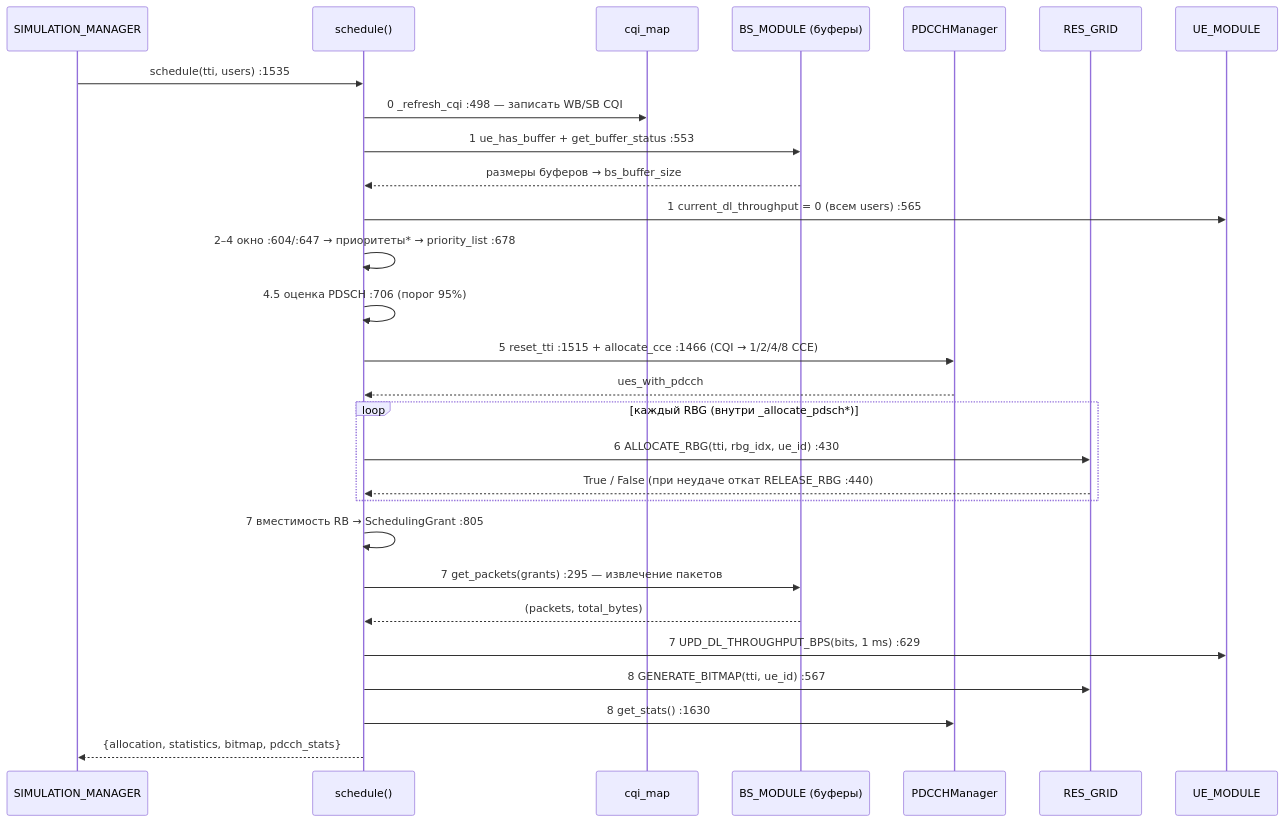
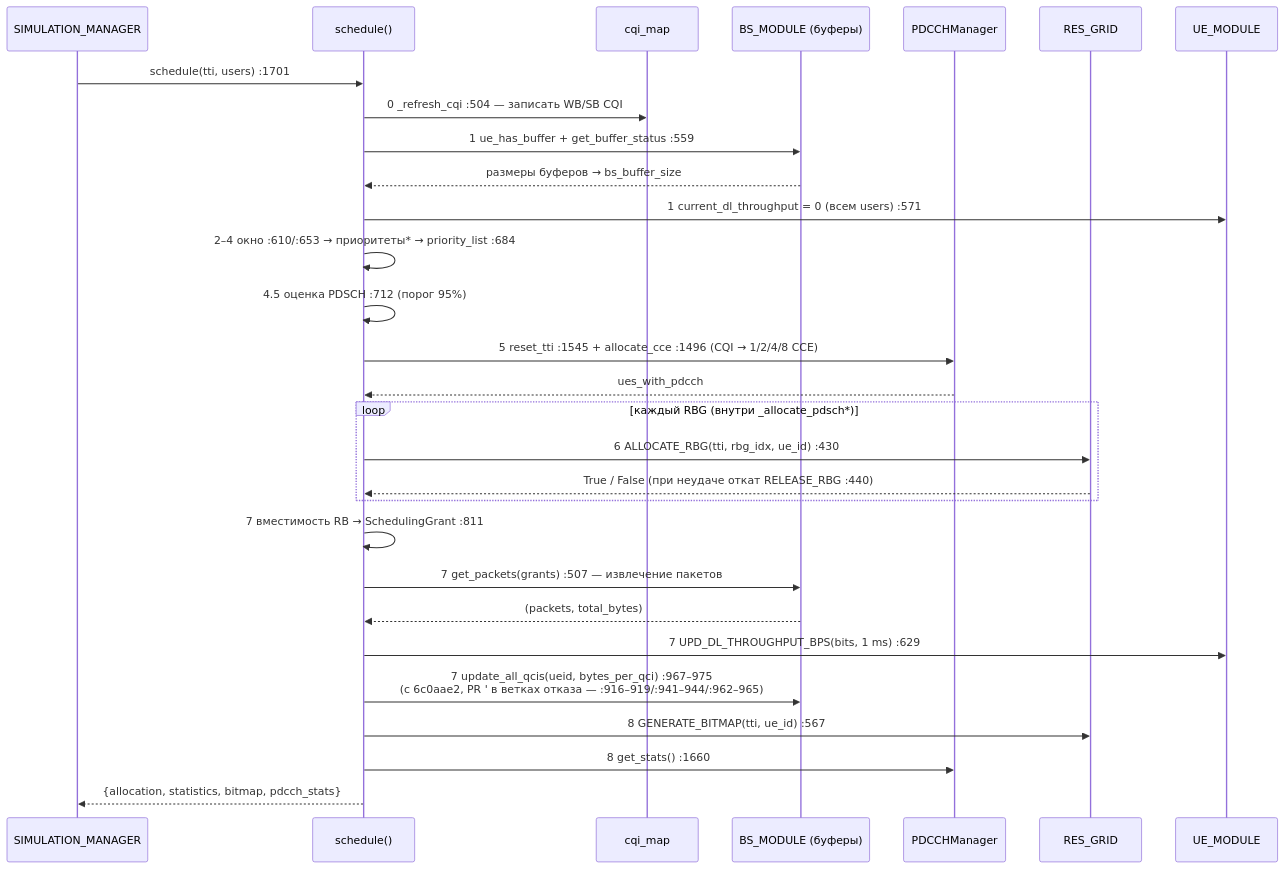
The fourth of 11 diagrams in weeks/docs/diagrams.md (dokbrawn/REC-S5), drawn with Mermaid before and after one commit. The commit also changed other lines of this file and 4 other files, not shown here.

````diff
--- a/weeks/docs/diagrams.md
+++ b/weeks/docs/diagrams.md
@@ -138,31 +153,32 @@
 ```mermaid
 sequenceDiagram
     participant SIM as SIMULATION_MANAGER
     participant SCH as schedule()
     participant CQI as cqi_map
     participant BS as BS_MODULE (буферы)
     participant PD as PDCCHManager
     participant GR as RES_GRID
     participant UE as UE_MODULE
 
-    SIM->>SCH: schedule(tti, users) :1535
-    SCH->>CQI: 0 _refresh_cqi :498 — записать WB/SB CQI
-    SCH->>BS: 1 ue_has_buffer + get_buffer_status :553
+    SIM->>SCH: schedule(tti, users) :1701
+    SCH->>CQI: 0 _refresh_cqi :504 — записать WB/SB CQI
+    SCH->>BS: 1 ue_has_buffer + get_buffer_status :559
     BS-->>SCH: размеры буферов → bs_buffer_size
-    SCH->>UE: 1 current_dl_throughput = 0 (всем users) :565
-    SCH->>SCH: 2–4 окно :604/:647 → приоритеты* → priority_list :678
-    SCH->>SCH: 4.5 оценка PDSCH :706 (порог 95%)
-    SCH->>PD: 5 reset_tti :1515 + allocate_cce :1466 (CQI → 1/2/4/8 CCE)
+    SCH->>UE: 1 current_dl_throughput = 0 (всем users) :571
+    SCH->>SCH: 2–4 окно :610/:653 → приоритеты* → priority_list :684
+    SCH->>SCH: 4.5 оценка PDSCH :712 (порог 95%)
+    SCH->>PD: 5 reset_tti :1545 + allocate_cce :1496 (CQI → 1/2/4/8 CCE)
     PD-->>SCH: ues_with_pdcch
     loop каждый RBG (внутри _allocate_pdsch*)
         SCH->>GR: 6 ALLOCATE_RBG(tti, rbg_idx, ue_id) :430
         GR-->>SCH: True / False (при неудаче откат RELEASE_RBG :440)
     end
-    SCH->>SCH: 7 вместимость RB → SchedulingGrant :805
-    SCH->>BS: 7 get_packets(grants) :295 — извлечение пакетов
+    SCH->>SCH: 7 вместимость RB → SchedulingGrant :811
+    SCH->>BS: 7 get_packets(grants) :507 — извлечение пакетов
     BS-->>SCH: (packets, total_bytes)
     SCH->>UE: 7 UPD_DL_THROUGHPUT_BPS(bits, 1 ms) :629
+    SCH->>BS: 7 update_all_qcis(ueid, bytes_per_qci) :967–975<br/>(с 6c0aae2, PR #39; в ветках отказа — :916–919/:941–944/:962–965)
     SCH->>GR: 8 GENERATE_BITMAP(tti, ue_id) :567
-    SCH->>PD: 8 get_stats() :1630
+    SCH->>PD: 8 get_stats() :1660
     SCH-->>SIM: {allocation, statistics, bitmap, pdcch_stats}
 ```
````
